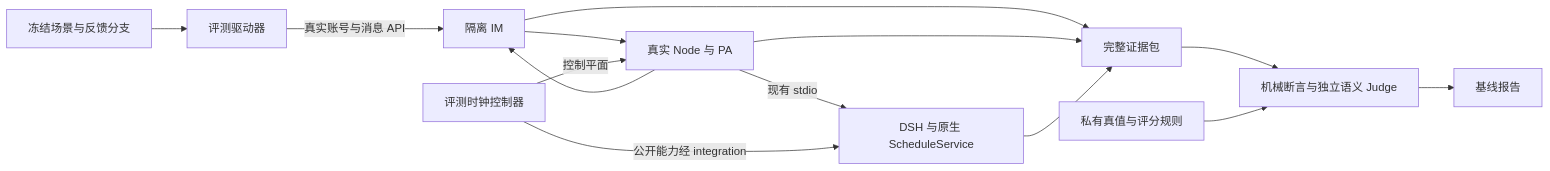
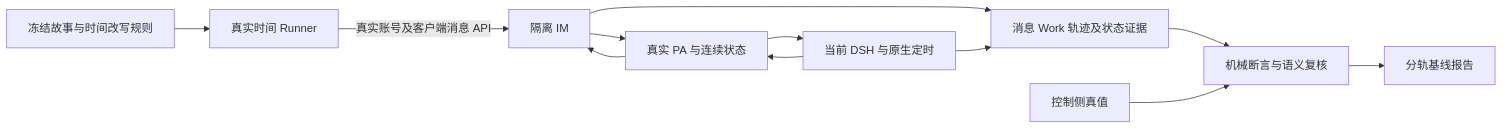
Before and after one commit to Mrchen116/nano-multiagent: the diagram in docs/changes/feat-628-pa-long-horizon-evaluation/design.md, drawn with Mermaid. The commit also changed other lines of this file and 5 other files, not shown here.

````diff
--- a/docs/changes/feat-628-pa-long-horizon-evaluation/design.md
+++ b/docs/changes/feat-628-pa-long-horizon-evaluation/design.md
@@ -52,16 +52,14 @@
 ```mermaid
 flowchart LR
-  C[冻结场景与反馈分支] --> H[评测驱动器]
-  H -->|真实账号与消息 API| IM[隔离 IM]
-  IM --> PA[真实 Node 与 PA]
-  PA -->|现有 stdio| D[DSH 与原生 ScheduleService]
-  T[评测时钟控制器] -->|控制平面| PA
-  T -->|公开能力经 integration| D
-  PA --> IM
-  IM --> E[完整证据包]
-  PA --> E
+  S[冻结故事与时间改写规则] --> R[真实时间 Runner]
+  R -->|真实账号及客户端消息 API| I[隔离 IM]
+  I --> P[真实 PA 与连续状态]
+  P --> D[当前 DSH 与原生定时]
+  D --> P
+  P --> I
+  I --> E[消息 Work 轨迹及状态证据]
   D --> E
-  E --> J[机械断言与独立语义 Judge]
-  G[私有真值与评分规则] --> J
-  J --> R[基线报告]
+  E --> J[机械断言与语义复核]
+  G[控制侧真值] --> J
+  J --> O[分轨基线报告]
 ```
````
